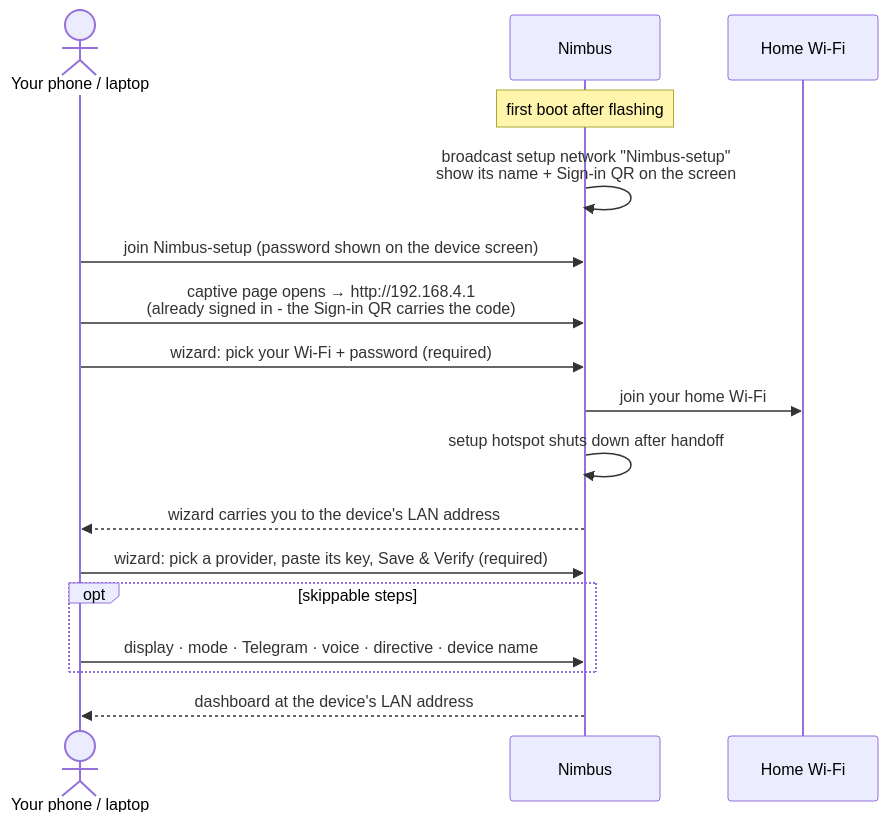
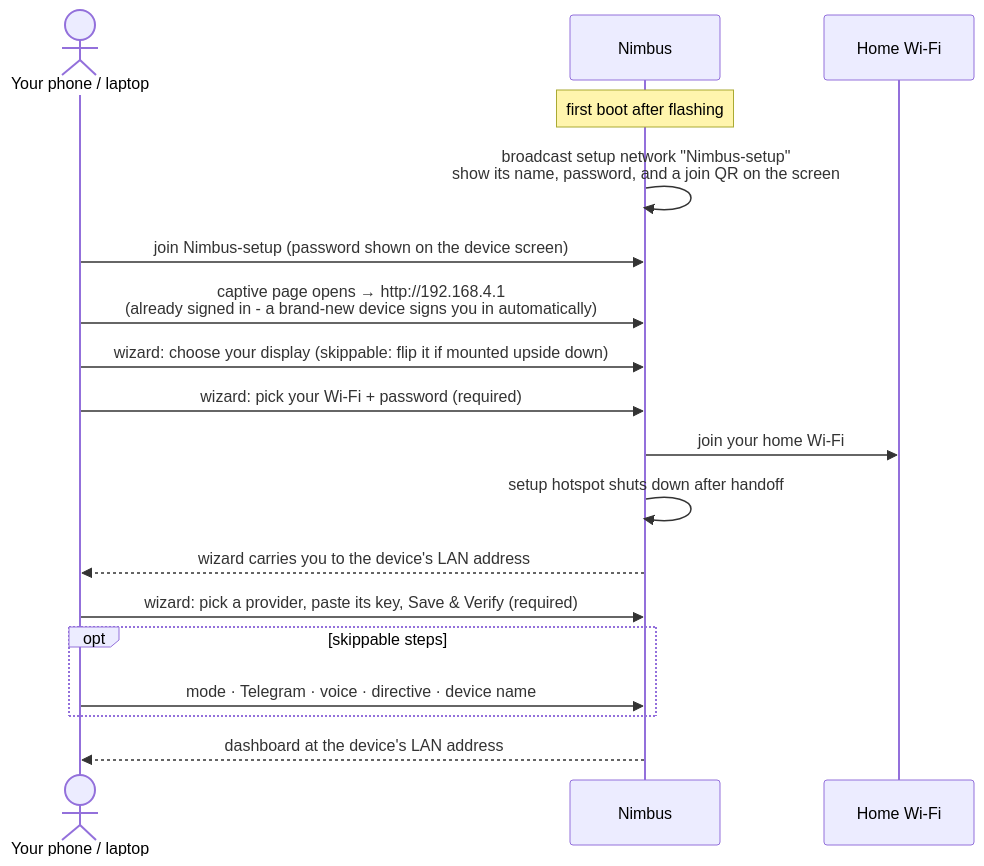
The diagram in docs/quick-start/setup-wizard.md (ristllin/Nimbus), drawn with Mermaid before and after one commit. The commit also changed other lines of this file and 8 other files, not shown here.

````diff
--- a/docs/quick-start/setup-wizard.md
+++ b/docs/quick-start/setup-wizard.md
@@ -10,20 +10,21 @@
 ```mermaid
 sequenceDiagram
   actor You as Your phone / laptop
   participant Dev as Nimbus
   participant LAN as Home Wi-Fi
 
   Note over Dev: first boot after flashing
-  Dev->>Dev: broadcast setup network "Nimbus-setup"<br/>show its name + Sign-in QR on the screen
+  Dev->>Dev: broadcast setup network "Nimbus-setup"<br/>show its name, password, and a join QR on the screen
   You->>Dev: join Nimbus-setup (password shown on the device screen)
-  You->>Dev: captive page opens → http://192.168.4.1<br/>(already signed in - the Sign-in QR carries the code)
+  You->>Dev: captive page opens → http://192.168.4.1<br/>(already signed in - a brand-new device signs you in automatically)
+  You->>Dev: wizard: choose your display (skippable: flip it if mounted upside down)
   You->>Dev: wizard: pick your Wi-Fi + password (required)
   Dev->>LAN: join your home Wi-Fi
   Dev->>Dev: setup hotspot shuts down after handoff
   Dev-->>You: wizard carries you to the device's LAN address
   You->>Dev: wizard: pick a provider, paste its key, Save & Verify (required)
   opt skippable steps
-    You->>Dev: display · mode · Telegram · voice · directive · device name
+    You->>Dev: mode · Telegram · voice · directive · device name
   end
   Dev-->>You: dashboard at the device's LAN address
 ```
````
